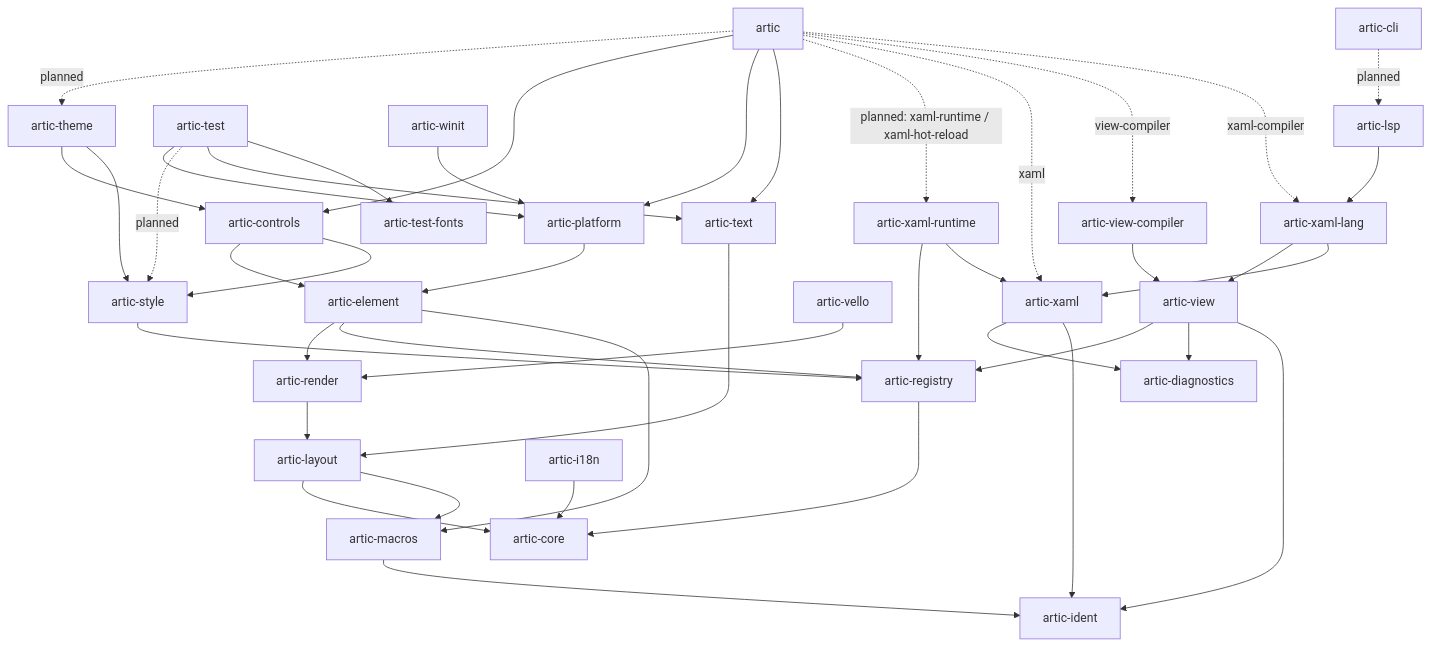
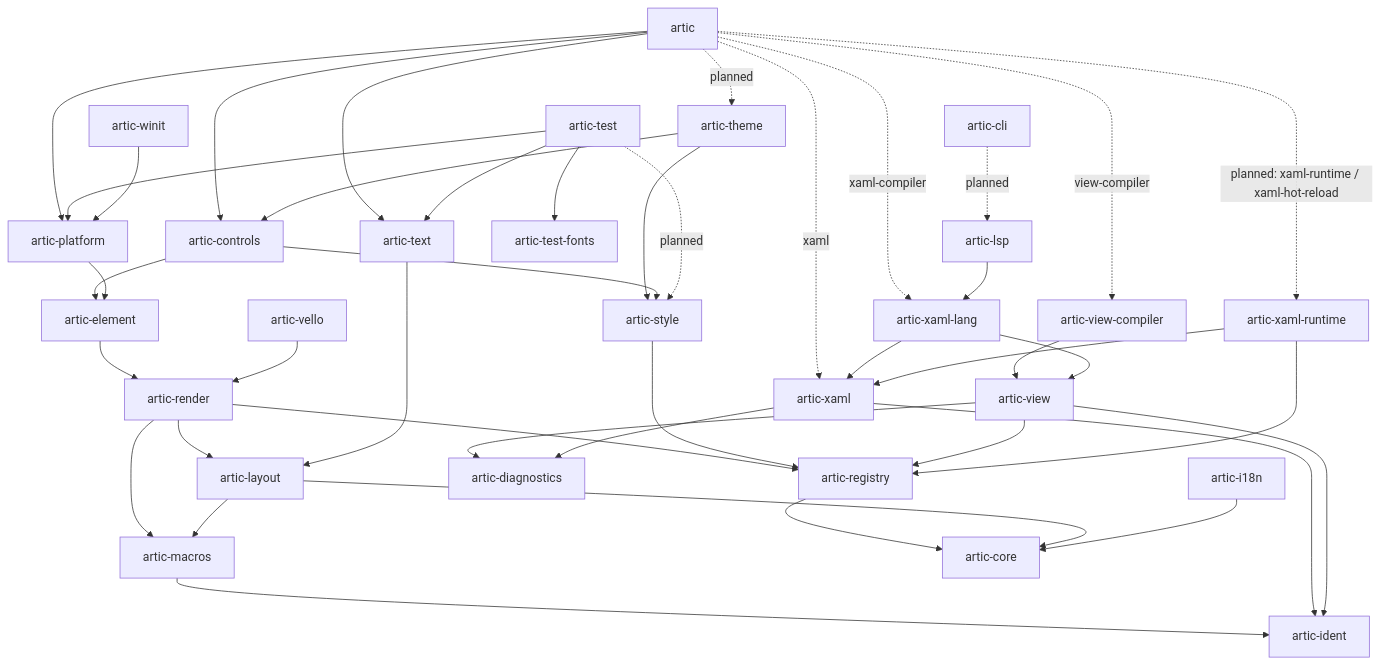
One commit to wolfware-labs/artic changed the diagram in docs/architecture.md. Above: the diagram before and after it, drawn with Mermaid. The commit also changed other lines of this file and 57 other files, not shown here.

````diff
--- a/docs/architecture.md
+++ b/docs/architecture.md
@@ -37,54 +37,54 @@
 ```mermaid
 flowchart TD
   artic -. planned .-> theme[artic-theme]
   artic --> controls[artic-controls]
   artic --> platform[artic-platform]
   artic --> text[artic-text]
   artic -. planned: xaml-runtime / xaml-hot-reload .-> runtime[artic-xaml-runtime]
   artic -. xaml .-> xaml
   artic -. view-compiler .-> viewc[artic-view-compiler]
   artic -. xaml-compiler .-> lang
 
   theme --> controls
   theme --> styles[artic-style]
 
   controls --> element[artic-element]
   controls --> styles
 
   platform --> element
 
   element --> render[artic-render]
-  element --> registry[artic-registry]
-  element --> macros[artic-macros]
 
   test[artic-test] --> platform
   test -. planned .-> styles
   test --> text
   test --> fonts[artic-test-fonts]
 
   winit[artic-winit] --> platform
   vello[artic-vello] --> render
 
   cli[artic-cli] -. planned .-> lsp[artic-lsp]
   lsp --> lang[artic-xaml-lang]
 
   render --> layout[artic-layout]
+  render --> registry[artic-registry]
+  render --> macros[artic-macros]
   text --> layout
   styles --> registry
   viewc --> view[artic-view]
   lang --> view
   view --> registry
   view --> diagnostics
   lang --> xaml[artic-xaml]
   xaml --> diagnostics[artic-diagnostics]
   runtime --> registry
   runtime --> xaml
 
   registry --> core[artic-core]
   layout --> core
   layout --> macros
   macros --> ident[artic-ident]
   xaml --> ident
   view --> ident
   i18n[artic-i18n] --> core
 ```
````
